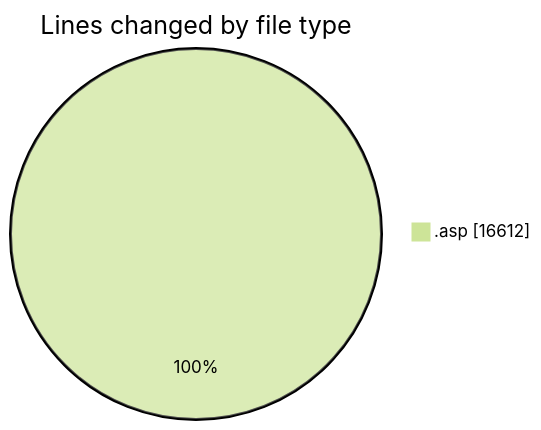
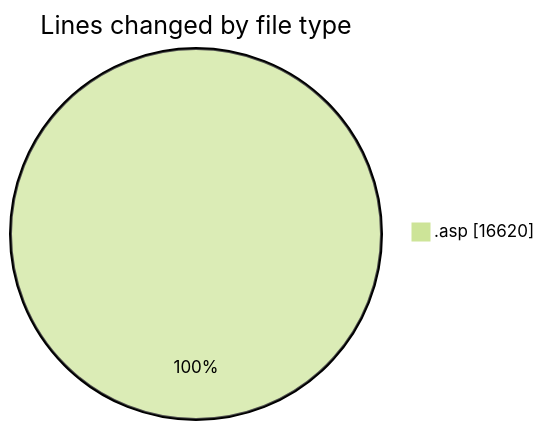
Before and after one commit to julien-gomy/code-tracking: the first of 2 diagrams in 2025-11-14/cdp_aleoudev_fr__workspace_/README.md, drawn with Mermaid (forest theme). The commit also changed other lines of this file and 1 other file, not shown here.

````diff
--- a/2025-11-14/cdp_aleoudev_fr__workspace_/README.md
+++ b/2025-11-14/cdp_aleoudev_fr__workspace_/README.md
@@ -33,5 +33,5 @@
 ```mermaid
 pie showData
 title Lines changed by file type
-".asp" : 16612
+".asp" : 16620
 ```
````
